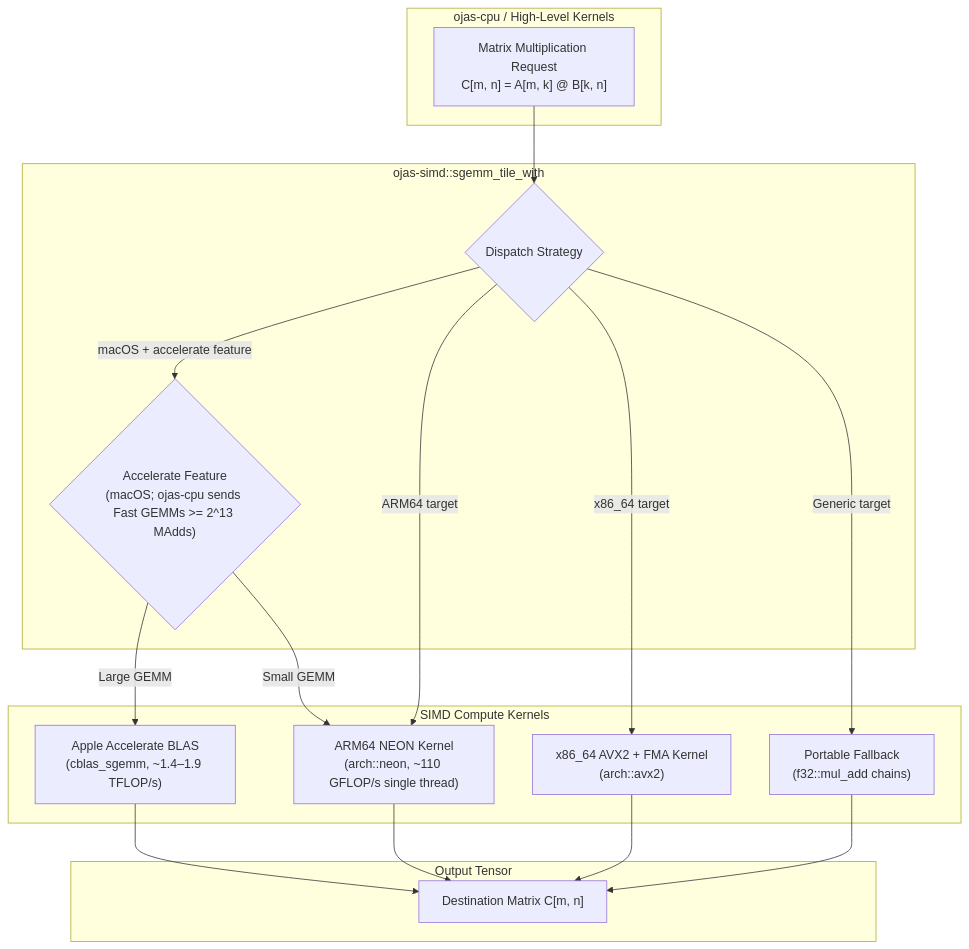
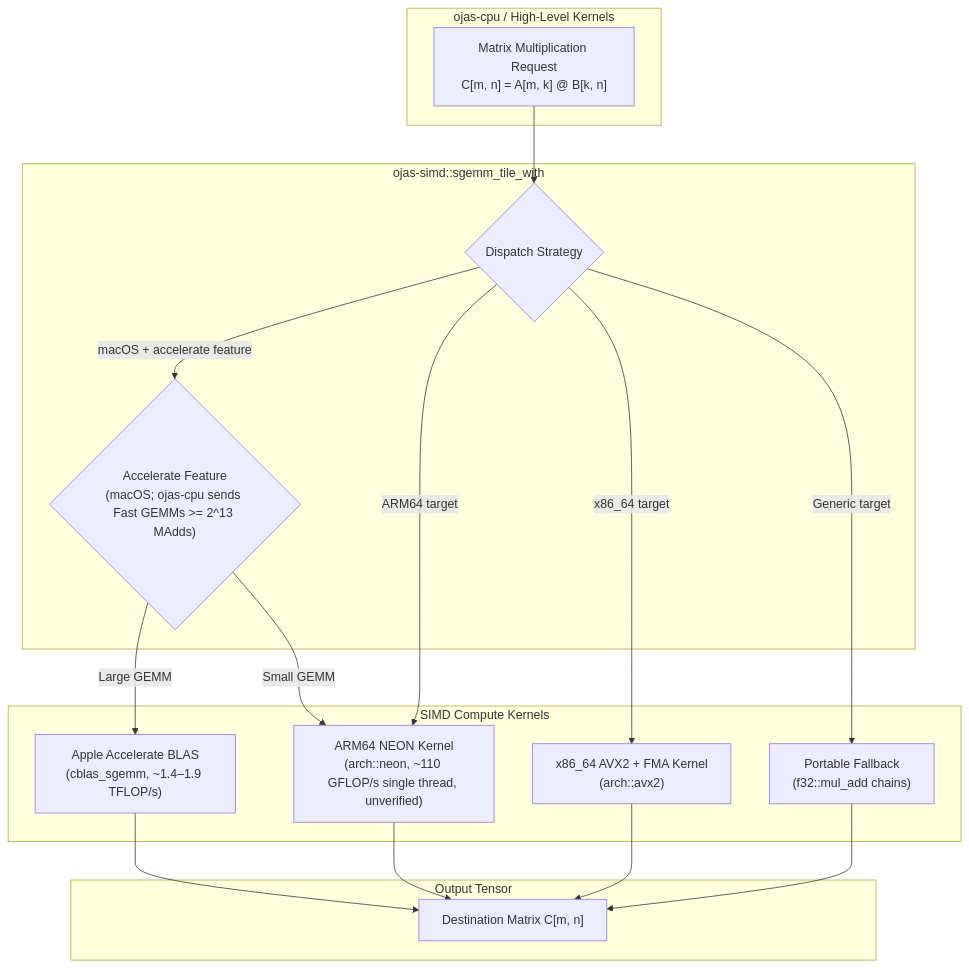
Before and after one commit to bharathvbcr/ojas: the first of 2 diagrams in ojas-simd/README.md, drawn with Mermaid. The commit also changed other lines of this file and 28 other files, not shown here.

````diff
--- a/ojas-simd/README.md
+++ b/ojas-simd/README.md
@@ -12,35 +12,35 @@
 ```mermaid
 flowchart TD
     subgraph Caller["ojas-cpu / High-Level Kernels"]
         Req["Matrix Multiplication Request\nC[m, n] = A[m, k] @ B[k, n]"]
     end
 
     subgraph Dispatcher["ojas-simd::sgemm_tile_with"]
         Check{"Dispatch Strategy"}
         Accelerate{"Accelerate Feature\n(macOS; ojas-cpu sends Fast GEMMs >= 2^13 MAdds)"}
     end
 
     subgraph ComputeEngines["SIMD Compute Kernels"]
-        NEON["ARM64 NEON Kernel\n(arch::neon, ~110 GFLOP/s single thread)"]
+        NEON["ARM64 NEON Kernel\n(arch::neon, ~110 GFLOP/s single thread, unverified)"]
         AVX2["x86_64 AVX2 + FMA Kernel\n(arch::avx2)"]
         Portable["Portable Fallback\n(f32::mul_add chains)"]
         AppleBLAS["Apple Accelerate BLAS\n(cblas_sgemm, ~1.4–1.9 TFLOP/s)"]
     end
 
     subgraph Output["Output Tensor"]
         C["Destination Matrix C[m, n]"]
     end
 
     Req --> Check
     Check -->|macOS + accelerate feature| Accelerate
     Accelerate -->|Large GEMM| AppleBLAS
     Accelerate -->|Small GEMM| NEON
     Check -->|ARM64 target| NEON
     Check -->|x86_64 target| AVX2
     Check -->|Generic target| Portable
 
     AppleBLAS --> C
     NEON --> C
     AVX2 --> C
     Portable --> C
 ```
````
